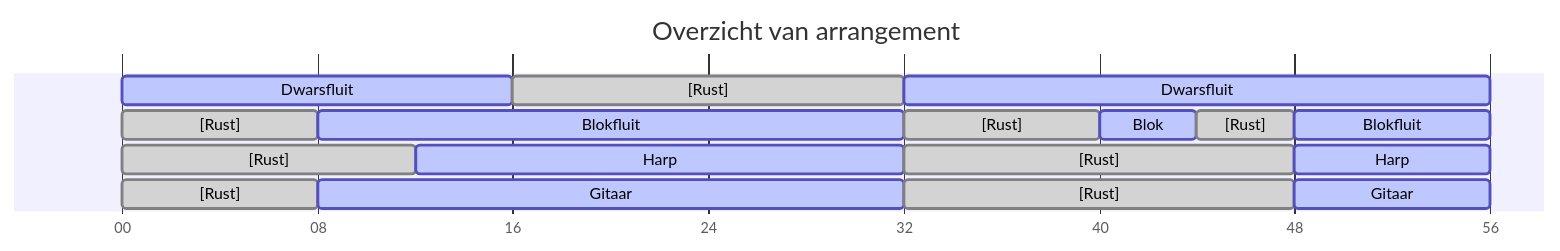
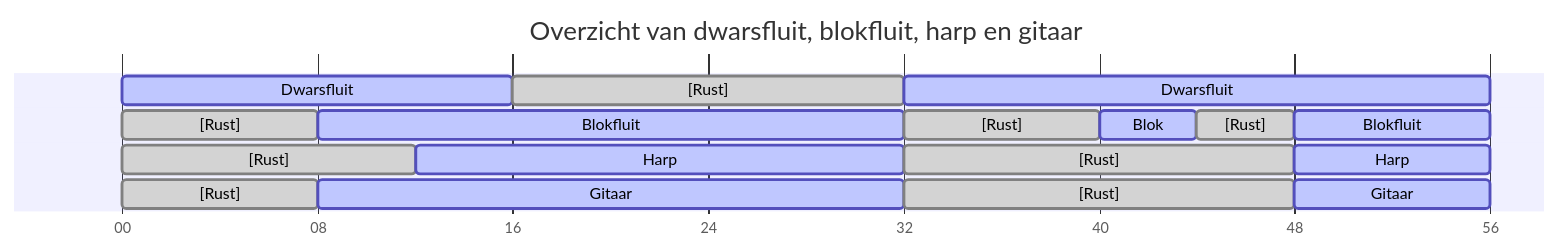
The diagram in src/diagrams/overview-flute-recorder-harp-guitar.mmd (macabot/gorillaz-mountain), drawn with Mermaid before and after one commit. The commit also changed 6 other files, not shown here.

```diff
--- a/src/diagrams/overview-flute-recorder-harp-guitar.mmd
+++ b/src/diagrams/overview-flute-recorder-harp-guitar.mmd
@@ -1,29 +1,29 @@
 ---
 displayMode: compact
 ---
 gantt
-    title Overzicht van arrangement
+    title Overzicht van dwarsfluit, blokfluit, harp en gitaar
     dateFormat mm:ss
     axisFormat %S
     tickInterval 8second
 
     Dwarsfluit          :active, 00:00, 00:16
     [Rust]              :done,   00:16, 00:32
     Dwarsfluit          :active, 00:32, 00:56
 
     [Rust]              :done,   00:00, 00:08
     Blokfluit           :active, 00:08, 00:32
     [Rust]              :done,   00:32, 00:40
     Blok                :active, 00:40, 00:44
     [Rust]              :done,   00:44, 00:48
     Blokfluit           :active, 00:48, 00:56
 
     [Rust]              :done,   00:00, 00:12
     Harp                :active, 00:12, 00:32
     [Rust]              :done,   00:32, 00:48
     Harp                :active, 00:48, 00:56
 
     [Rust]              :done,   00:00, 00:08
     Gitaar              :active, 00:08, 00:32
     [Rust]              :done,   00:32, 00:48
     Gitaar              :active, 00:48, 00:56
```
